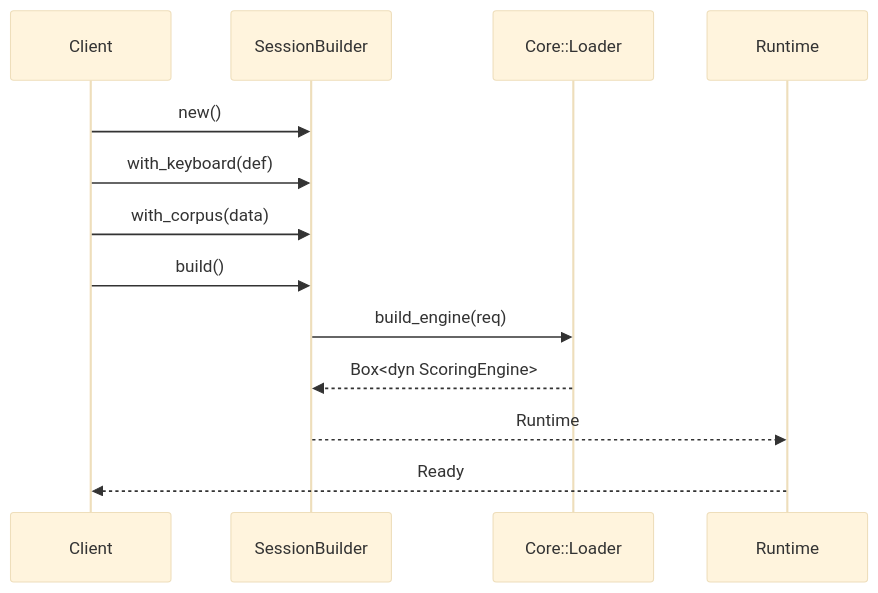
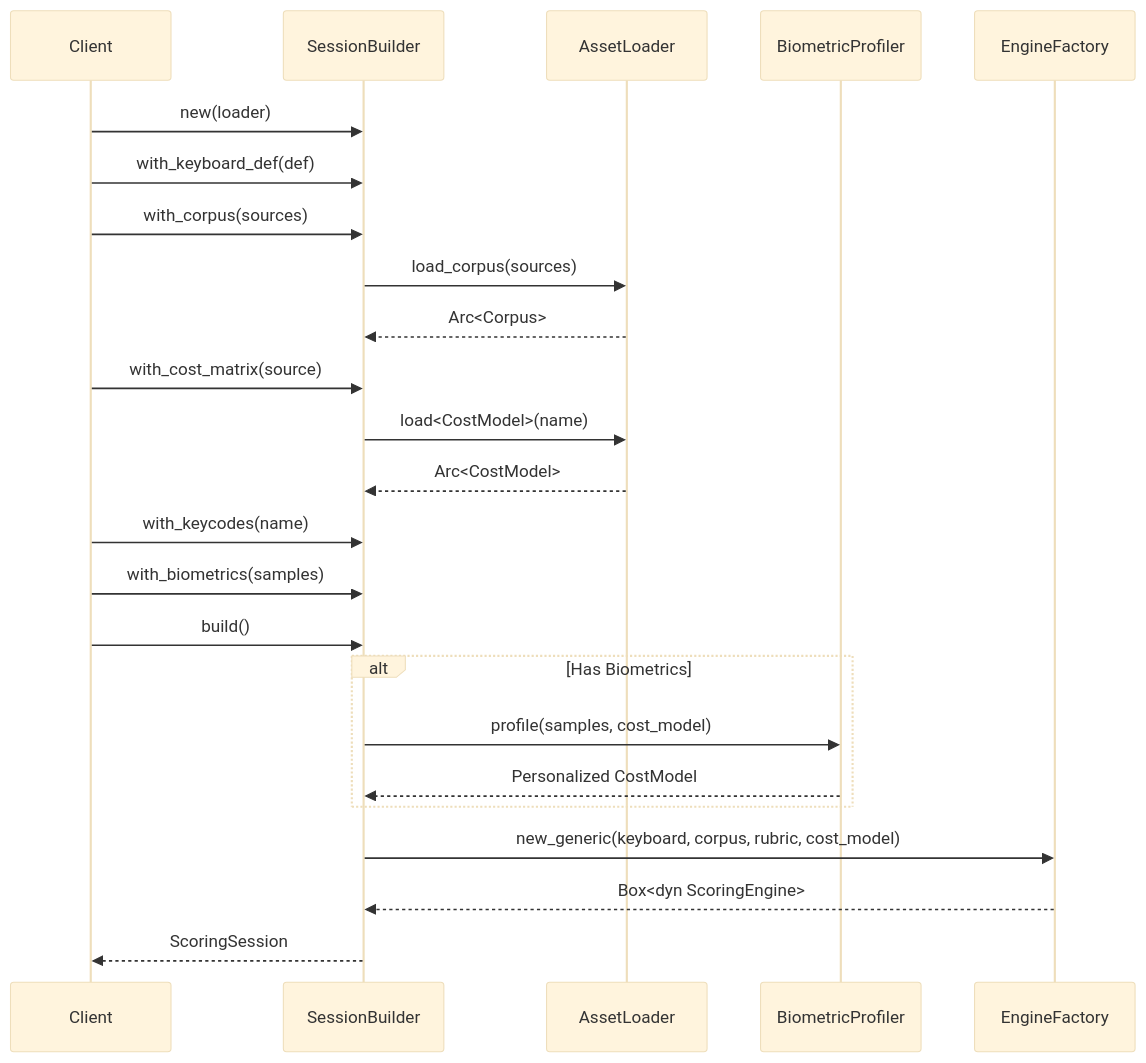
The third of 5 diagrams in docs/design/keyforge-compute/README.md (infodungeon/keyforge), drawn with Mermaid (base theme) before and after one commit. The commit also changed other lines of this file and 63 other files, not shown here.

````diff
--- a/docs/design/keyforge-compute/README.md
+++ b/docs/design/keyforge-compute/README.md
@@ -33,18 +66,30 @@
 ```mermaid
 sequenceDiagram
     participant Client
     participant Builder as SessionBuilder
-    participant Core as Core::Loader
-    participant Runtime
+    participant Loader as AssetLoader
+    participant Bio as BiometricProfiler
+    participant Factory as EngineFactory
 
-    Client->>Builder: new()
-    Client->>Builder: with_keyboard(def)
-    Client->>Builder: with_corpus(data)
+    Client->>Builder: new(loader)
+    Client->>Builder: with_keyboard_def(def)
+    Client->>Builder: with_corpus(sources)
+    Builder->>Loader: load_corpus(sources)
+    Loader-->>Builder: Arc<Corpus>
+    Client->>Builder: with_cost_matrix(source)
+    Builder->>Loader: load<CostModel>(name)
+    Loader-->>Builder: Arc<CostModel>
+    Client->>Builder: with_keycodes(name)
+    Client->>Builder: with_biometrics(samples)
     
     Client->>Builder: build()
-    Builder->>Core: build_engine(req)
-    Core-->>Builder: Box<dyn ScoringEngine>
     
-    Builder-->>Runtime: Runtime
-    Runtime-->>Client: Ready
+    alt Has Biometrics
+        Builder->>Bio: profile(samples, cost_model)
+        Bio-->>Builder: Personalized CostModel
+    end
+    
+    Builder->>Factory: new_generic(keyboard, corpus, rubric, cost_model)
+    Factory-->>Builder: Box<dyn ScoringEngine>
+    Builder-->>Client: ScoringSession
 ```
````
